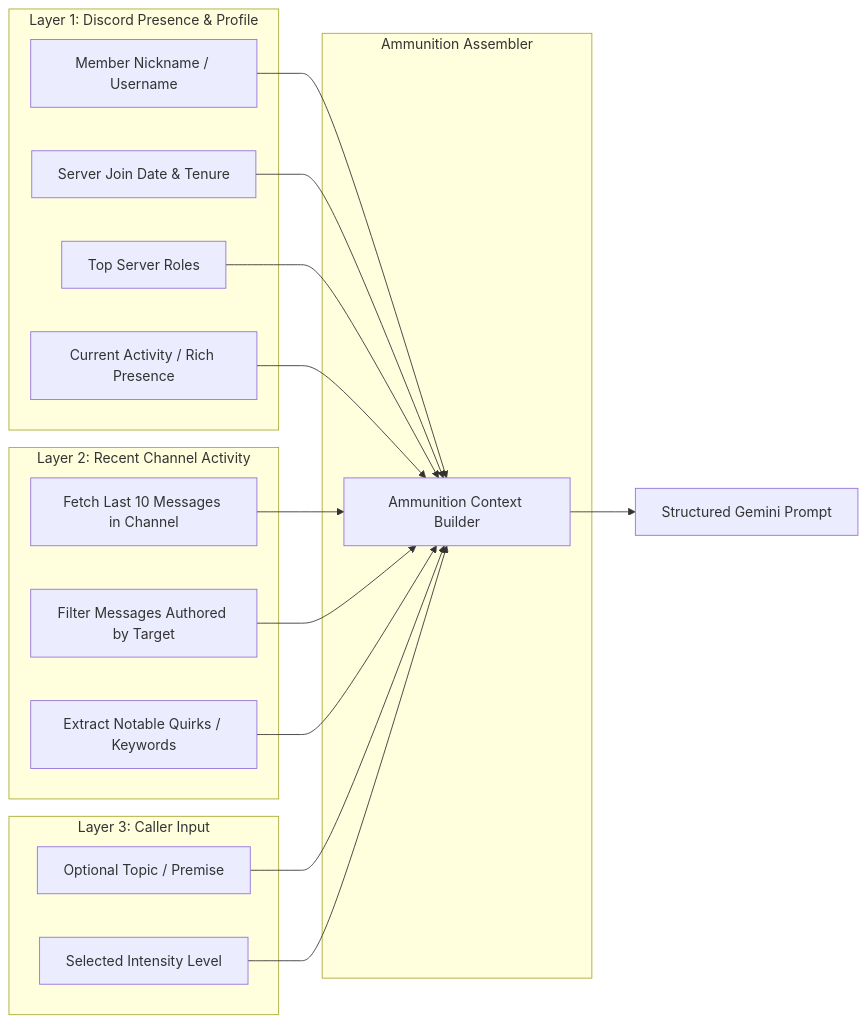
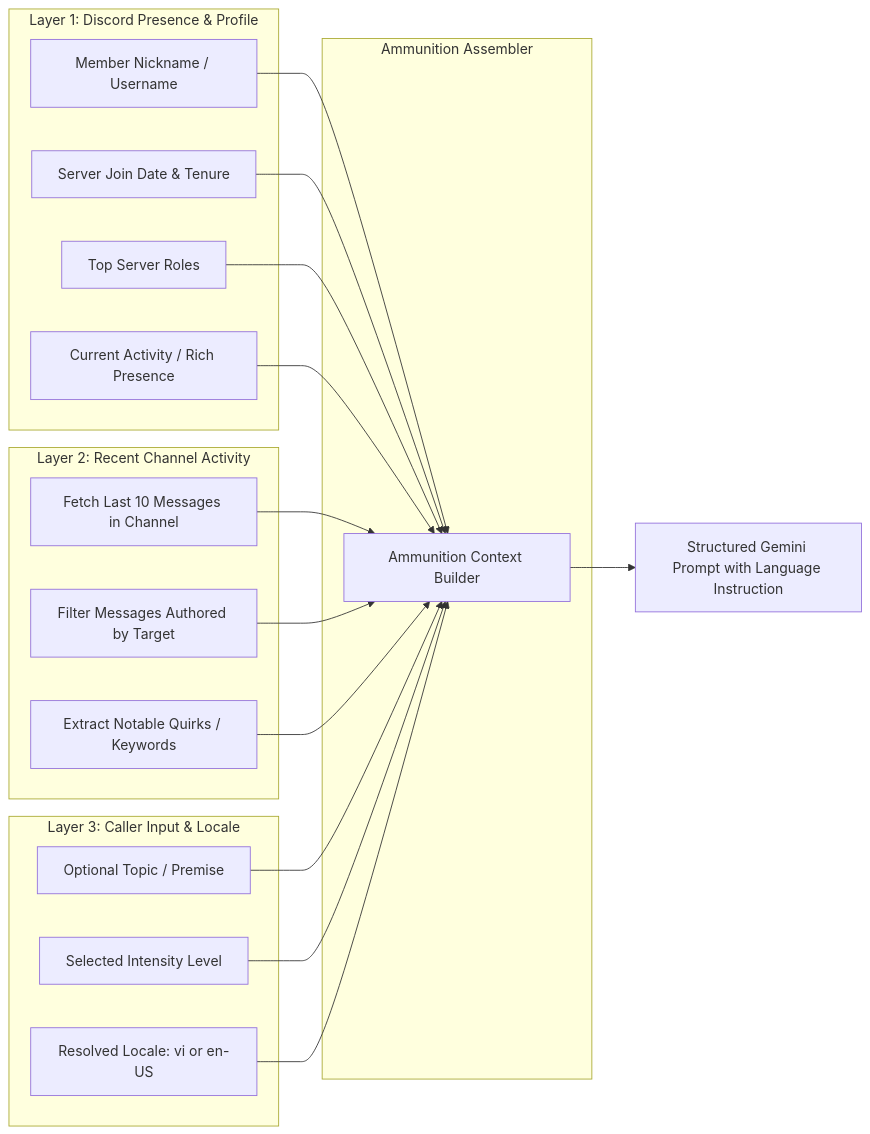
The third of 6 diagrams in docs/roast-feature-prd.md (nthungdev/discord-bot), drawn with Mermaid before and after one commit. The commit also changed other lines of this file, not shown here.

````diff
--- a/docs/roast-feature-prd.md
+++ b/docs/roast-feature-prd.md
@@ -132,29 +287,30 @@
 ```mermaid
 flowchart LR
     subgraph Layer 1: Discord Presence & Profile
         L1A[Member Nickname / Username]
         L1B[Server Join Date & Tenure]
         L1C[Top Server Roles]
         L1D[Current Activity / Rich Presence]
     end
 
     subgraph Layer 2: Recent Channel Activity
         L2A[Fetch Last 10 Messages in Channel]
         L2B[Filter Messages Authored by Target]
         L2C[Extract Notable Quirks / Keywords]
     end
 
-    subgraph Layer 3: Caller Input
+    subgraph Layer 3: Caller Input & Locale
         L3A[Optional Topic / Premise]
         L3B[Selected Intensity Level]
+        L3C[Resolved Locale: vi or en-US]
     end
 
     subgraph Ammunition Assembler
         ASM[Ammunition Context Builder]
     end
 
     L1A & L1B & L1C & L1D --> ASM
     L2A & L2B & L2C --> ASM
-    L3A & L3B --> ASM
-    ASM --> PROMPT[Structured Gemini Prompt]
+    L3A & L3B & L3C --> ASM
+    ASM --> PROMPT[Structured Gemini Prompt with Language Instruction]
 ```
````
